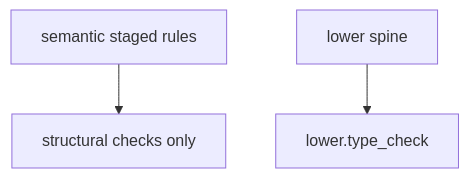
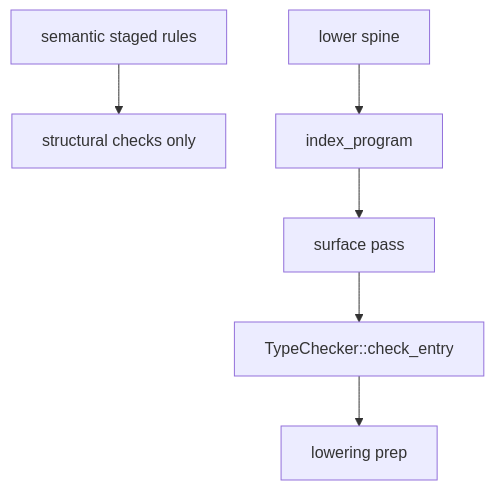
The diagram in site/website/src/content/docs/platform-spec/compiler/semantic-pipeline/stage-ordering/design-model.mdx (Cyber-Nomad-Collective/beskid), drawn with Mermaid before and after one commit. The commit also changed other lines of this file and 5 other files, not shown here.

````diff
--- a/site/website/src/content/docs/platform-spec/compiler/semantic-pipeline/stage-ordering/design-model.mdx
+++ b/site/website/src/content/docs/platform-spec/compiler/semantic-pipeline/stage-ordering/design-model.mdx
@@ -31,9 +40,12 @@
 ```mermaid
 flowchart TB
   semantic[semantic staged rules]
   structural[structural checks only]
   lower[lower spine]
-  typecheck[lower.type_check]
+  index[index_program]
+  surface[surface pass]
+  check[TypeChecker::check_entry]
+  prep[lowering prep]
   semantic --> structural
-  lower --> typecheck
+  lower --> index --> surface --> check --> prep
 ```
````
